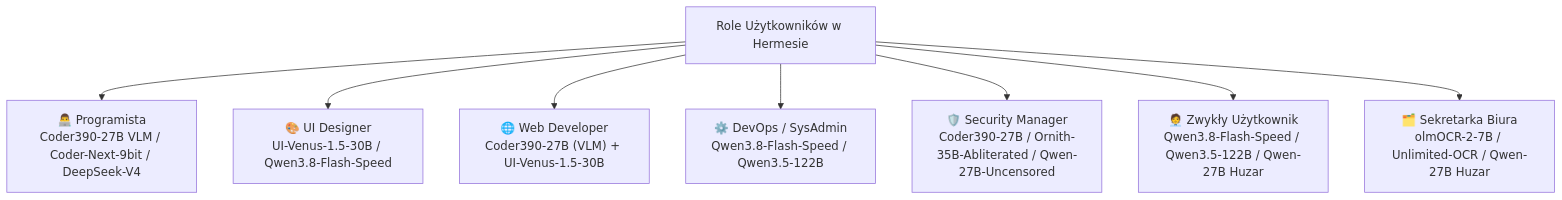
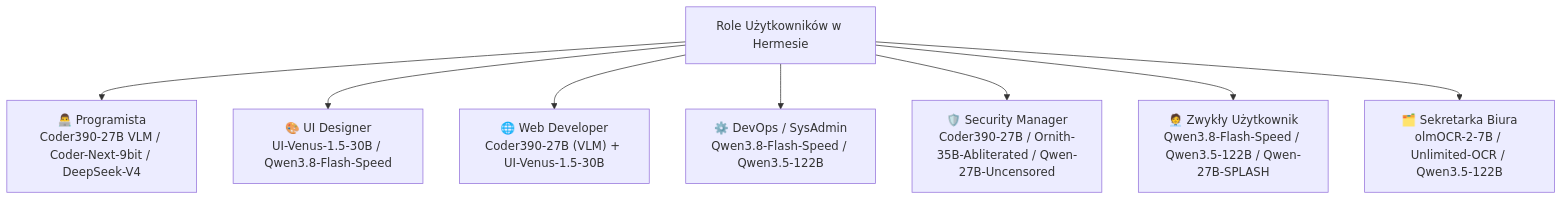
The diagram in HowTo_JakUzywac.md (wojcio/omlx_hermes_setup), drawn with Mermaid before and after one commit. The commit also changed other lines of this file and 10 other files, not shown here.

Commit message:
feat(splash): integrate Splash 1.3.2-m1.1 engine with DFlash2 draft for Qwen 27B on Apple M2 Ultra

````diff
--- a/HowTo_JakUzywac.md
+++ b/HowTo_JakUzywac.md
@@ -61,12 +61,12 @@
 ```mermaid
 flowchart TD
     Roles["Role Użytkowników w Hermesie"]
     
     Roles --> Dev["👨‍💻 Programista<br/>Coder390-27B VLM / Coder-Next-9bit / DeepSeek-V4"]
     Roles --> UI["🎨 UI Designer<br/>UI-Venus-1.5-30B / Qwen3.8-Flash-Speed"]
     Roles --> Web["🌐 Web Developer<br/>Coder390-27B (VLM) + UI-Venus-1.5-30B"]
     Roles --> Ops["⚙️ DevOps / SysAdmin<br/>Qwen3.8-Flash-Speed / Qwen3.5-122B"]
     Roles --> Sec["🛡️ Security Manager<br/>Coder390-27B / Ornith-35B-Abliterated / Qwen-27B-Uncensored"]
-    Roles --> User["🧑‍💼 Zwykły Użytkownik<br/>Qwen3.8-Flash-Speed / Qwen3.5-122B / Qwen-27B Huzar"]
-    Roles --> Office["🗂️ Sekretarka Biura<br/>olmOCR-2-7B / Unlimited-OCR / Qwen-27B Huzar"]
+    Roles --> User["🧑‍💼 Zwykły Użytkownik<br/>Qwen3.8-Flash-Speed / Qwen3.5-122B / Qwen-27B-SPLASH"]
+    Roles --> Office["🗂️ Sekretarka Biura<br/>olmOCR-2-7B / Unlimited-OCR / Qwen3.5-122B"]
 ```
````
